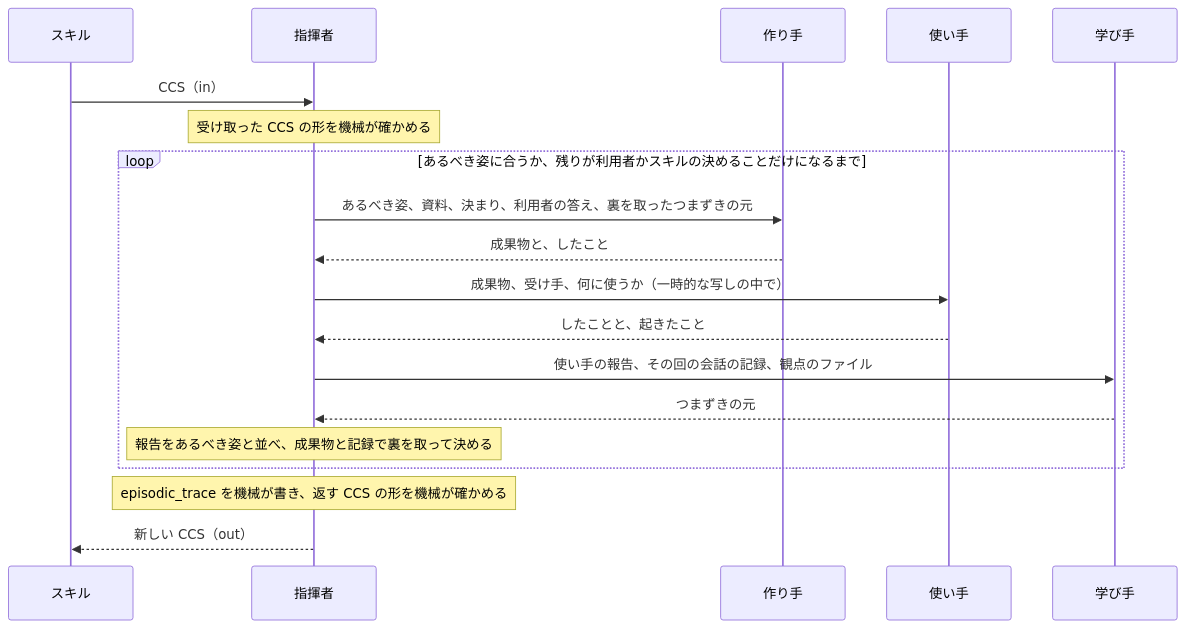
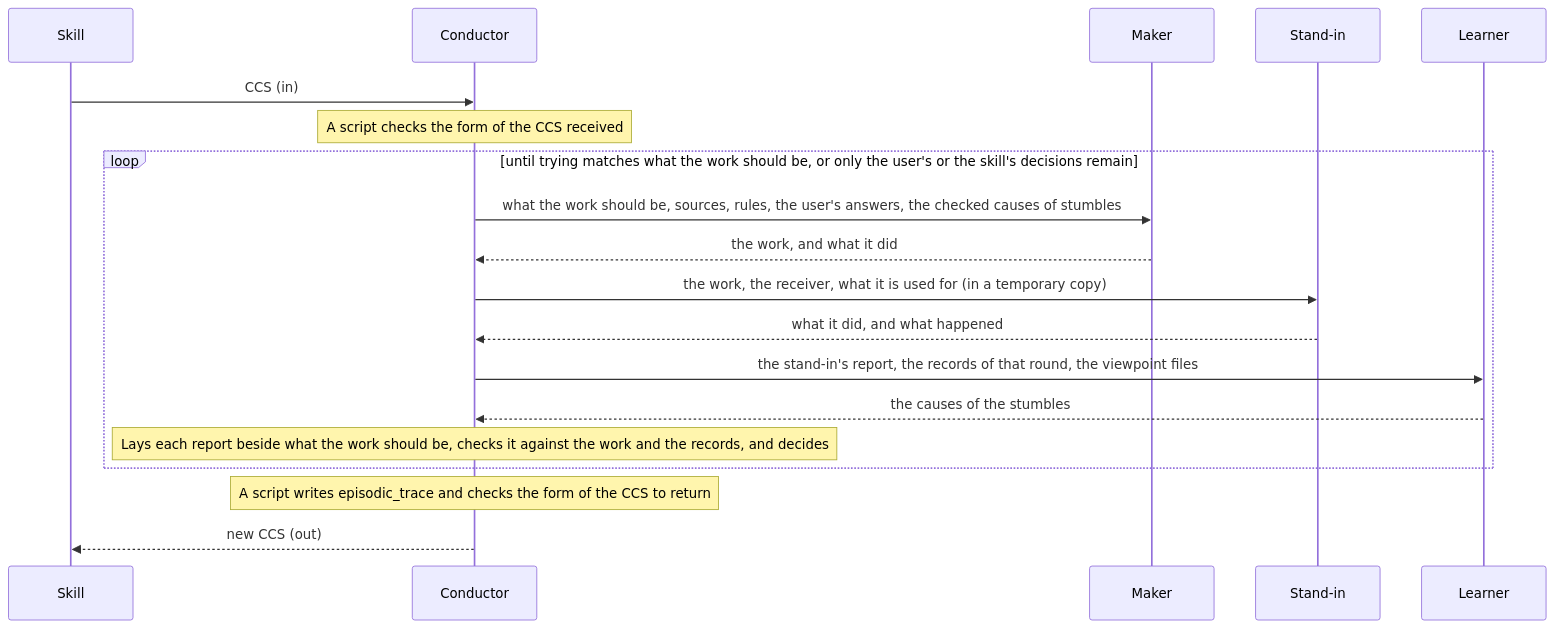
The diagram in dev/turn/design.md (lovaizu/ccpm), drawn with Mermaid before and after one commit. The commit also changed other lines of this file and 4 other files, not shown here.

First line of the commit message:
turn: README and design written in English from now on; the agent that tries the work is the stand-in

````diff
--- a/dev/turn/design.md
+++ b/dev/turn/design.md
@@ -39,21 +39,21 @@
 ```mermaid
 sequenceDiagram
-  participant S as スキル
-  participant C as 指揮者
-  participant M as 作り手
-  participant U as 使い手
-  participant L as 学び手
-  S->>C: CCS（in）
-  Note over C: 受け取った CCS の形を機械が確かめる
-  loop あるべき姿に合うか、残りが利用者かスキルの決めることだけになるまで
-    C->>M: あるべき姿、資料、決まり、利用者の答え、裏を取ったつまずきの元
-    M-->>C: 成果物と、したこと
-    C->>U: 成果物、受け手、何に使うか（一時的な写しの中で）
-    U-->>C: したことと、起きたこと
-    C->>L: 使い手の報告、その回の会話の記録、観点のファイル
-    L-->>C: つまずきの元
-    Note over C: 報告をあるべき姿と並べ、成果物と記録で裏を取って決める
+  participant S as Skill
+  participant C as Conductor
+  participant M as Maker
+  participant U as Stand-in
+  participant L as Learner
+  S->>C: CCS (in)
+  Note over C: A script checks the form of the CCS received
+  loop until trying matches what the work should be, or only the user's or the skill's decisions remain
+    C->>M: what the work should be, sources, rules, the user's answers, the checked causes of stumbles
+    M-->>C: the work, and what it did
+    C->>U: the work, the receiver, what it is used for (in a temporary copy)
+    U-->>C: what it did, and what happened
+    C->>L: the stand-in's report, the records of that round, the viewpoint files
+    L-->>C: the causes of the stumbles
+    Note over C: Lays each report beside what the work should be, checks it against the work and the records, and decides
   end
-  Note over C: episodic_trace を機械が書き、返す CCS の形を機械が確かめる
-  C-->>S: 新しい CCS（out）
+  Note over C: A script writes episodic_trace and checks the form of the CCS to return
+  C-->>S: new CCS (out)
 ```
````
